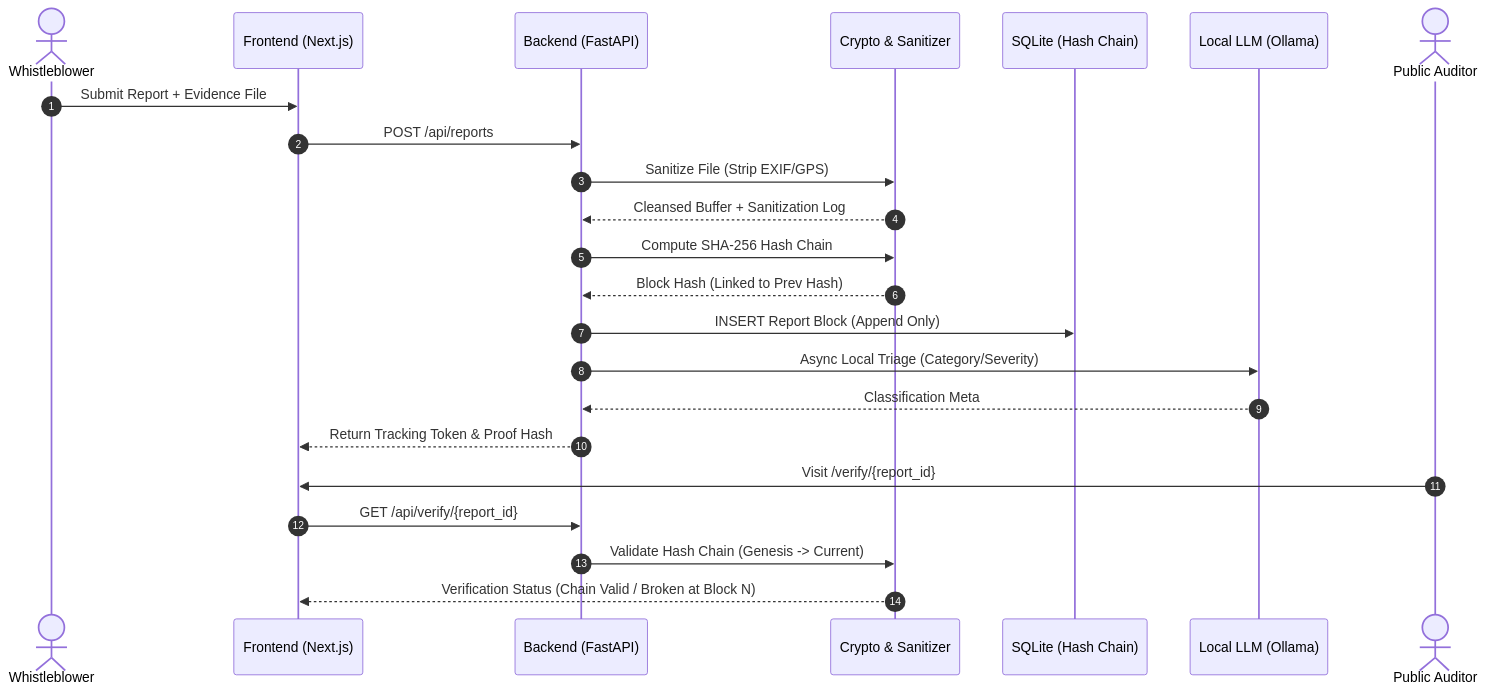
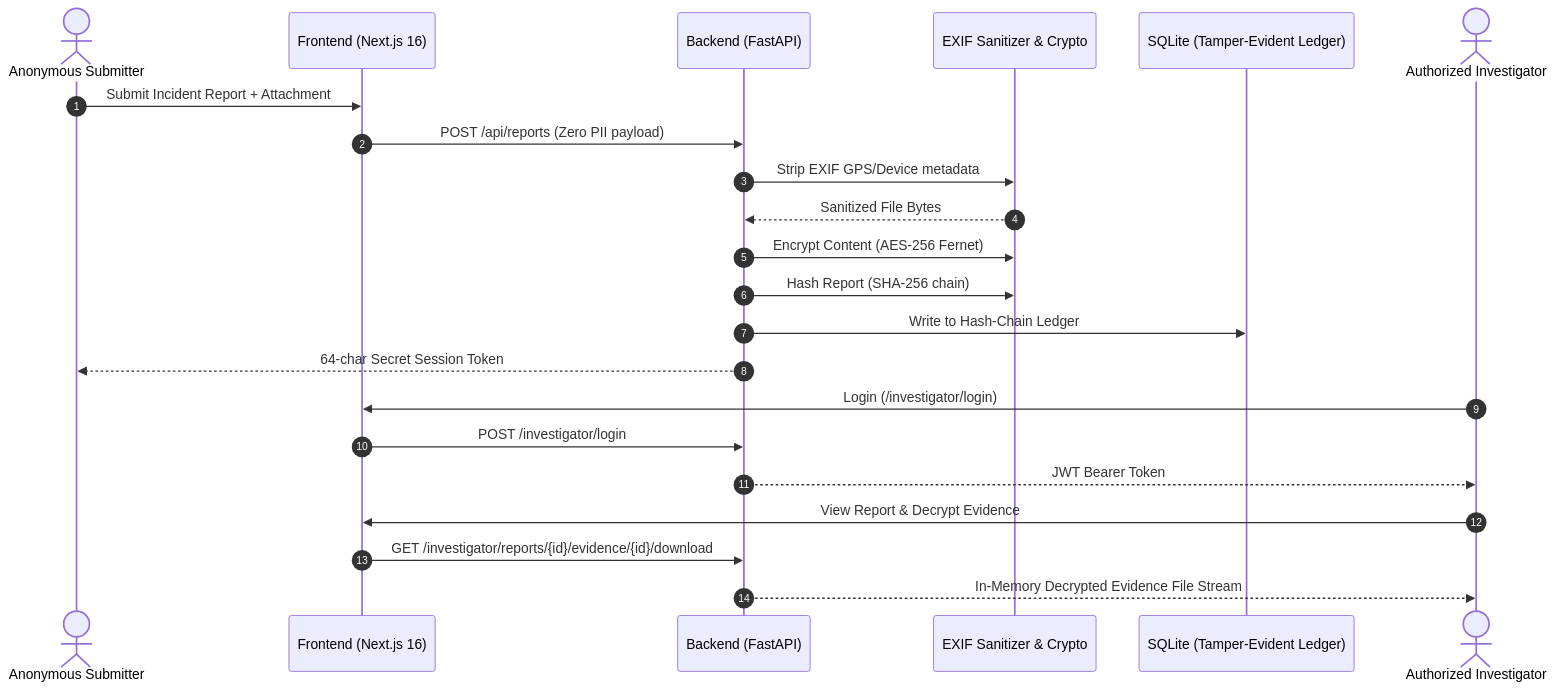
One commit to sp9284384-cyber/true-chain-voice changed the diagram in Readme.md. Above: the diagram before and after it, drawn with Mermaid. The commit also changed other lines of this file, not shown here.

Commit message:
Update README.md with live Vercel/Render URLs, evaluator test guide, demo credentials, and system architecture

````diff
--- a/Readme.md
+++ b/Readme.md
@@ -87,27 +65,26 @@
 ```mermaid
 sequenceDiagram
     autonumber
-    actor User as Whistleblower
-    participant FE as Frontend (Next.js)
+    actor Submitter as Anonymous Submitter
+    participant FE as Frontend (Next.js 16)
     participant BE as Backend (FastAPI)
-    participant Crypto as Crypto & Sanitizer
-    participant DB as SQLite (Hash Chain)
-    participant AI as Local LLM (Ollama)
-    actor Auditor as Public Auditor
+    participant Crypto as EXIF Sanitizer & Crypto
+    participant DB as SQLite (Tamper-Evident Ledger)
+    actor Investigator as Authorized Investigator
 
-    User->>FE: Submit Report + Evidence File
-    FE->>BE: POST /api/reports
-    BE->>Crypto: Sanitize File (Strip EXIF/GPS)
-    Crypto-->>BE: Cleansed Buffer + Sanitization Log
-    BE->>Crypto: Compute SHA-256 Hash Chain
-    Crypto-->>BE: Block Hash (Linked to Prev Hash)
-    BE->>DB: INSERT Report Block (Append Only)
-    BE->>AI: Async Local Triage (Category/Severity)
-    AI-->>BE: Classification Meta
-    BE-->>FE: Return Tracking Token & Proof Hash
-
-    Auditor->>FE: Visit /verify/{report_id}
-    FE->>BE: GET /api/verify/{report_id}
-    BE->>Crypto: Validate Hash Chain (Genesis -> Current)
-    Crypto-->>FE: Verification Status (Chain Valid / Broken at Block N)
+    Submitter->>FE: Submit Incident Report + Attachment
+    FE->>BE: POST /api/reports (Zero PII payload)
+    BE->>Crypto: Strip EXIF GPS/Device metadata
+    Crypto-->>BE: Sanitized File Bytes
+    BE->>Crypto: Encrypt Content (AES-256 Fernet)
+    BE->>Crypto: Hash Report (SHA-256 chain)
+    BE->>DB: Write to Hash-Chain Ledger
+    BE-->>Submitter: 64-char Secret Session Token
+    
+    Investigator->>FE: Login (/investigator/login)
+    FE->>BE: POST /investigator/login
+    BE-->>Investigator: JWT Bearer Token
+    Investigator->>FE: View Report & Decrypt Evidence
+    FE->>BE: GET /investigator/reports/{id}/evidence/{id}/download
+    BE-->>Investigator: In-Memory Decrypted Evidence File Stream
 ```
````
